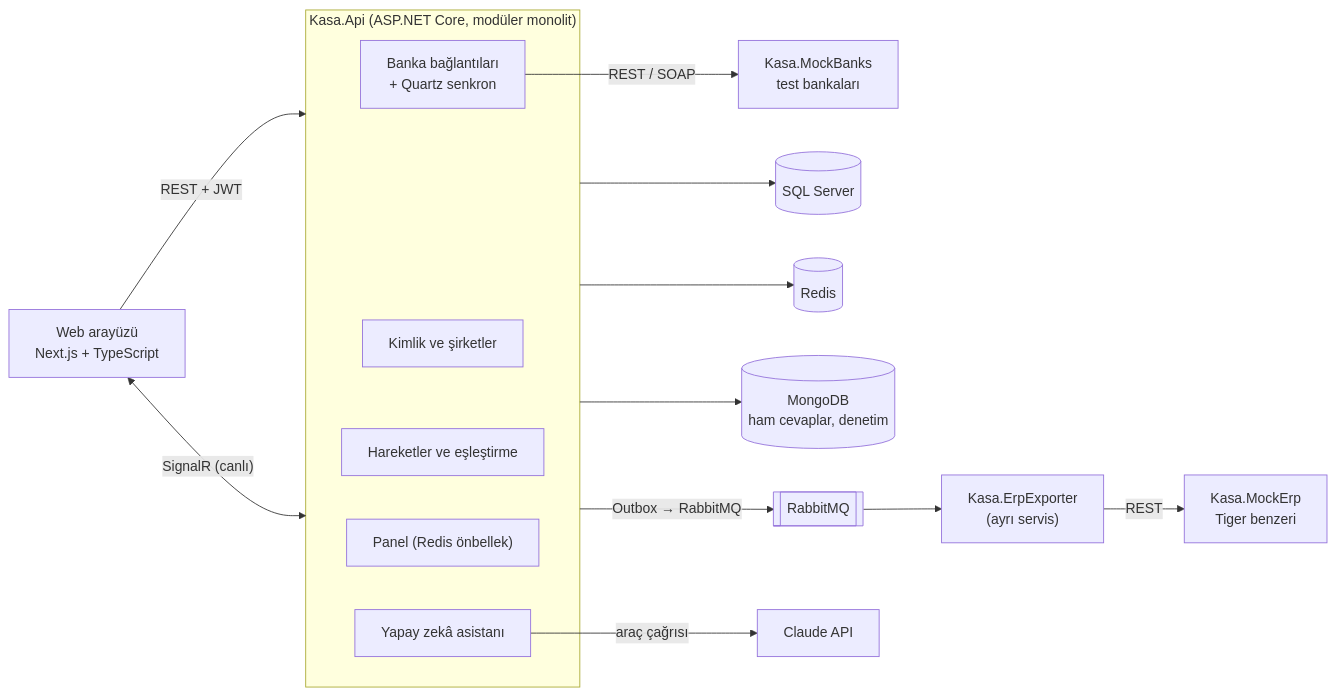
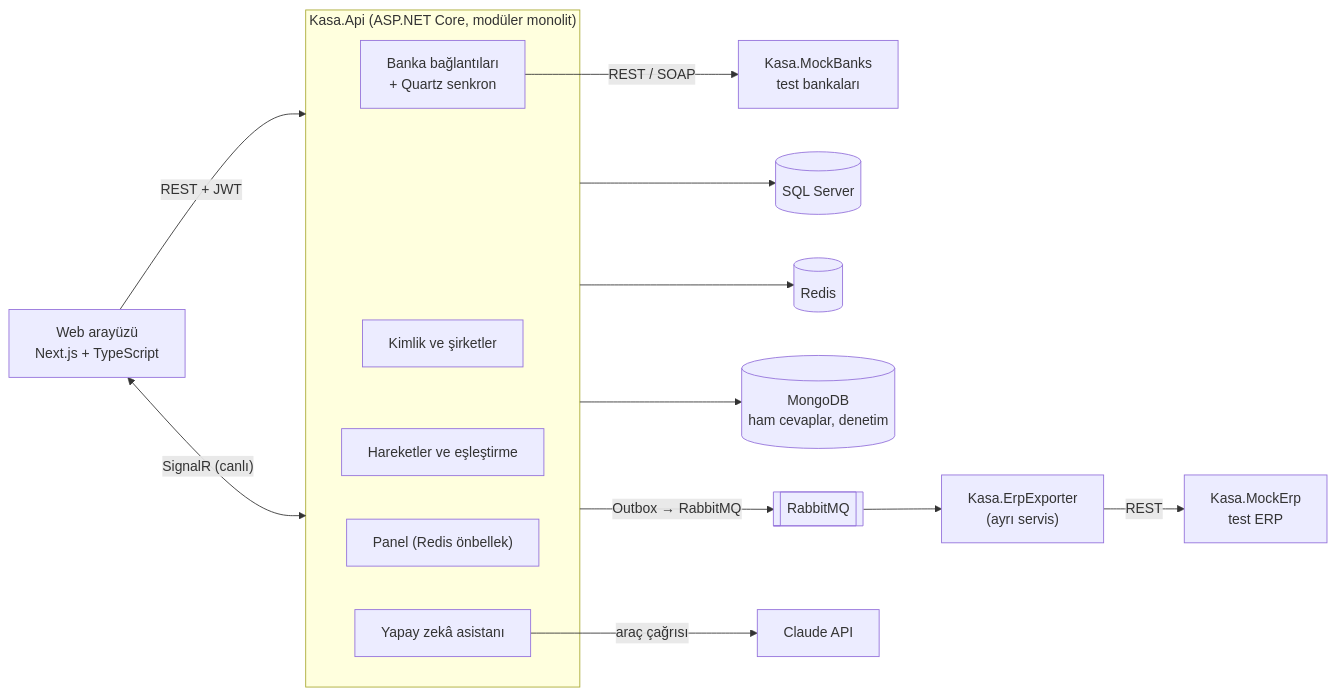
Before and after one commit to surakaraali/kasa: the diagram in docs/PLAN.md, drawn with Mermaid. The commit also changed other lines of this file and 46 other files, not shown here.

````diff
--- a/docs/PLAN.md
+++ b/docs/PLAN.md
@@ -58,20 +58,20 @@
 ```mermaid
 flowchart LR
     web["Web arayüzü<br/>Next.js + TypeScript"] -- "REST + JWT" --> api
     web <-- "SignalR (canlı)" --> api
     subgraph api["Kasa.Api (ASP.NET Core, modüler monolit)"]
         identity["Kimlik ve şirketler"]
         banks["Banka bağlantıları<br/>+ Quartz senkron"]
         tx["Hareketler ve eşleştirme"]
         dash["Panel (Redis önbellek)"]
         ai["Yapay zekâ asistanı"]
     end
     banks -- "REST / SOAP" --> mock["Kasa.MockBanks<br/>test bankaları"]
     api --> sql[("SQL Server")]
     api --> redis[("Redis")]
     api --> mongo[("MongoDB<br/>ham cevaplar, denetim")]
     api -- "Outbox → RabbitMQ" --> mq[["RabbitMQ"]]
     mq --> erp["Kasa.ErpExporter<br/>(ayrı servis)"]
-    erp -- "REST" --> tiger["Kasa.MockErp<br/>Tiger benzeri"]
+    erp -- "REST" --> mockerp["Kasa.MockErp<br/>test ERP"]
     ai -- "araç çağrısı" --> claude["Claude API"]
 ```
````
